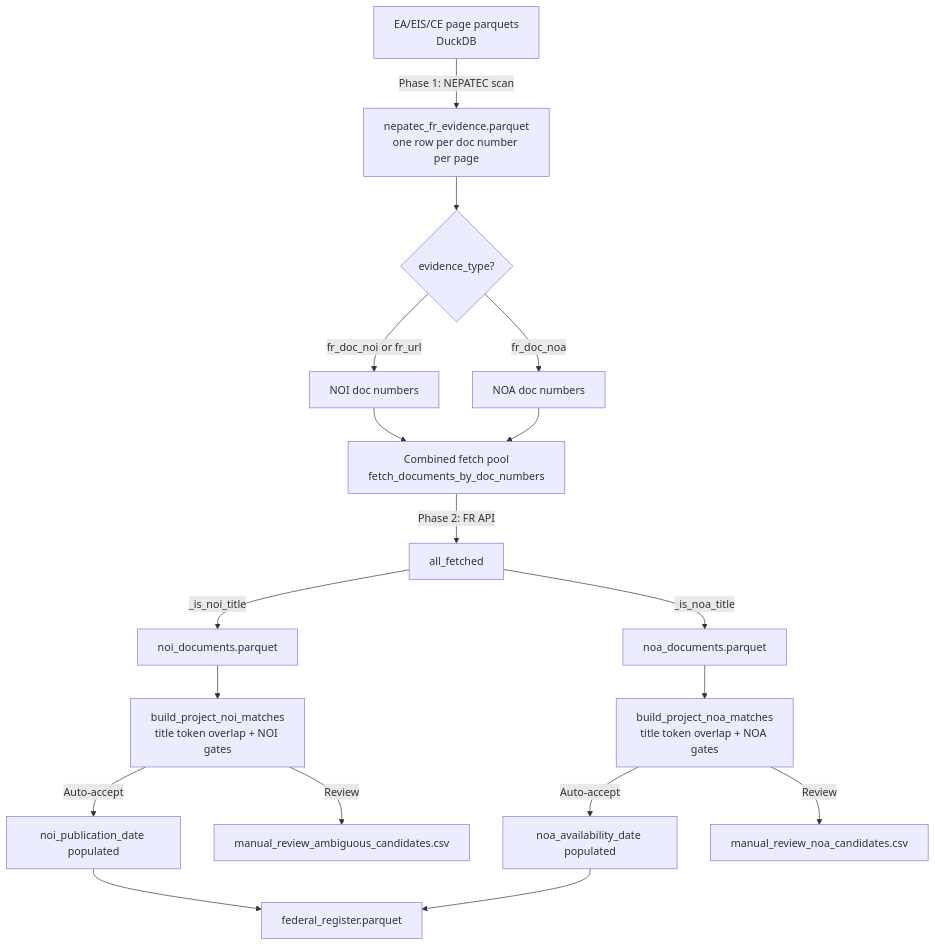
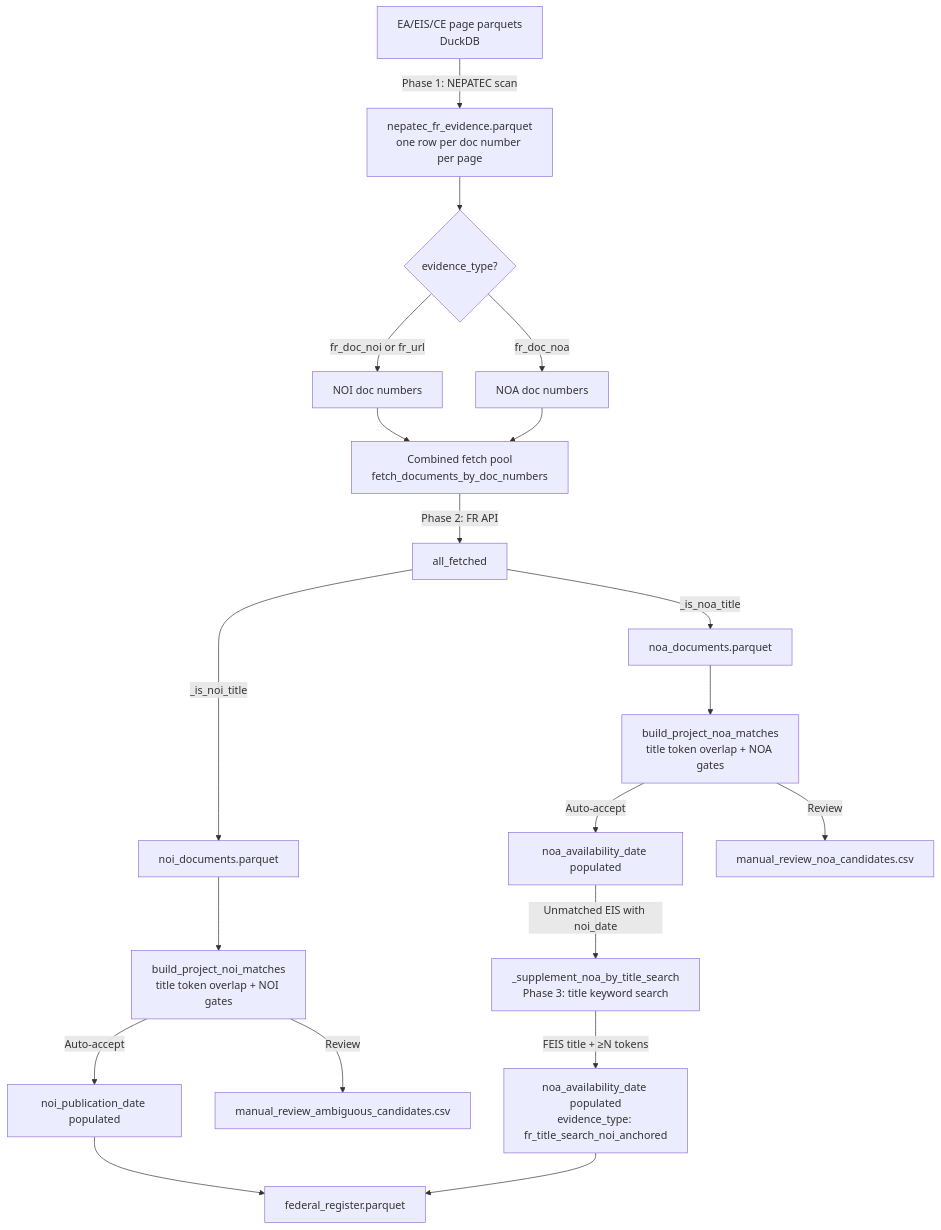
Before and after one commit to kaseyzapatka/nepa: the diagram in phase2/architecture/code/federal_register.md, drawn with Mermaid. The commit also changed other lines of this file and 2 other files, not shown here.

Commit message:
add noi_title anchored search for noa to improve linkage

````diff
--- a/phase2/architecture/code/federal_register.md
+++ b/phase2/architecture/code/federal_register.md
@@ -31,18 +31,20 @@
 ```mermaid
 flowchart TD
     A[EA/EIS/CE page parquets\nDuckDB] -->|Phase 1: NEPATEC scan| B[nepatec_fr_evidence.parquet\none row per doc number per page]
     B --> C{evidence_type?}
     C -->|fr_doc_noi or fr_url| D[NOI doc numbers]
     C -->|fr_doc_noa| E[NOA doc numbers]
     D & E --> F[Combined fetch pool\nfetch_documents_by_doc_numbers]
     F -->|Phase 2: FR API| G[all_fetched]
     G -->|_is_noi_title| H[noi_documents.parquet]
     G -->|_is_noa_title| I[noa_documents.parquet]
     H --> J[build_project_noi_matches\ntitle token overlap + NOI gates]
     I --> K[build_project_noa_matches\ntitle token overlap + NOA gates]
     J -->|Auto-accept| L[noi_publication_date populated]
     J -->|Review| M[manual_review_ambiguous_candidates.csv]
     K -->|Auto-accept| N[noa_availability_date populated]
     K -->|Review| O[manual_review_noa_candidates.csv]
-    L & N --> P[federal_register.parquet]
+    N -->|Unmatched EIS with noi_date| Q[_supplement_noa_by_title_search\nPhase 3: title keyword search]
+    Q -->|FEIS title + ≥N tokens| R[noa_availability_date populated\nevidence_type: fr_title_search_noi_anchored]
+    L & R --> P[federal_register.parquet]
 ```
````
